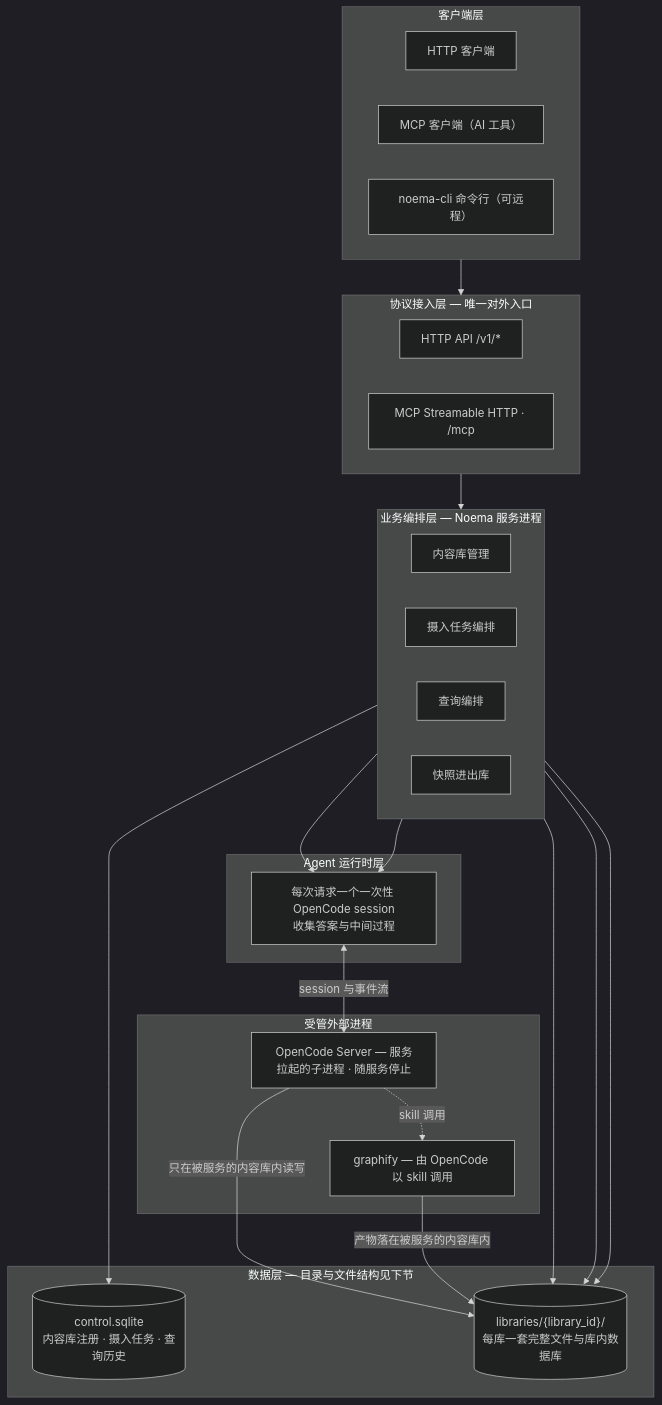
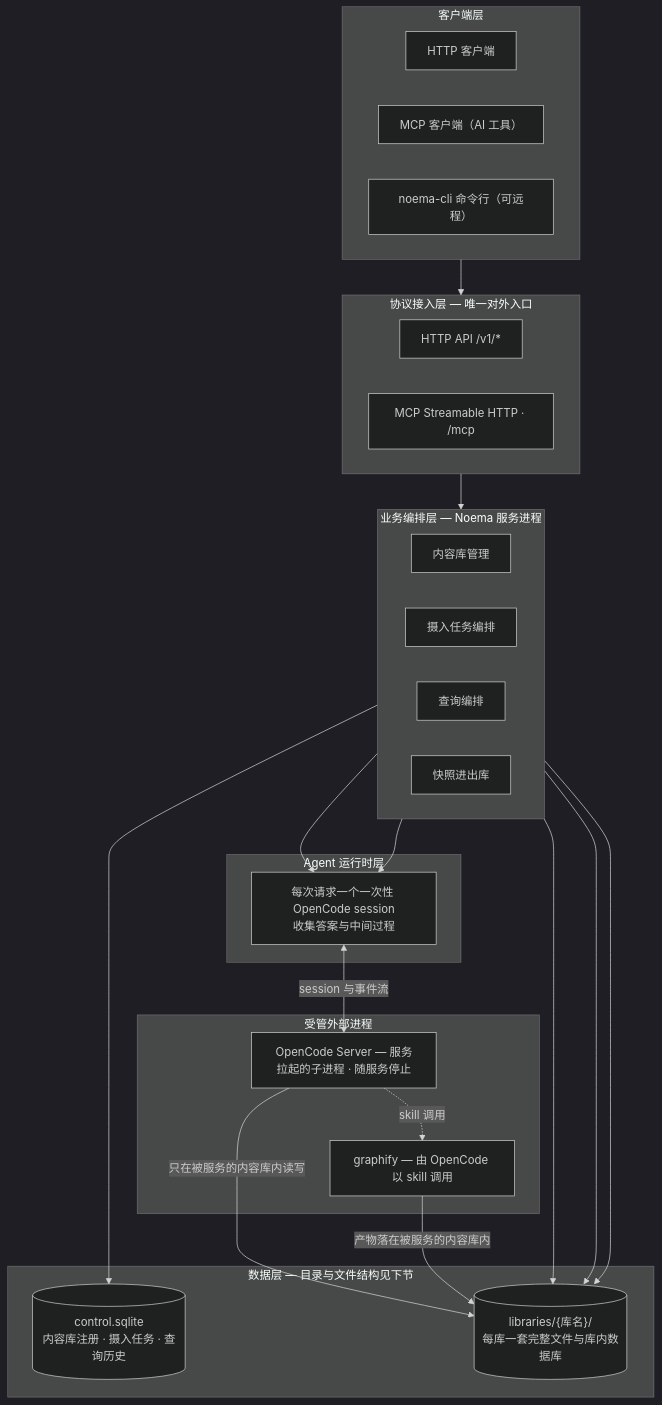
Before and after one commit to xutianyi1999/noema: the first of 5 diagrams in README.md, drawn with Mermaid (dark theme). The commit also changed other lines of this file and 11 other files, not shown here.

````diff
--- a/README.md
+++ b/README.md
@@ -19,47 +119,47 @@
 ```mermaid
 flowchart TB
     subgraph L1["客户端层"]
         HC["HTTP 客户端"]
         MC["MCP 客户端（AI 工具）"]
         CLI["noema-cli 命令行（可远程）"]
     end
 
     subgraph L2["协议接入层 — 唯一对外入口"]
         HTTP["HTTP API /v1/*"]
         MCPE["MCP Streamable HTTP · /mcp"]
     end
 
     subgraph L3["业务编排层 — Noema 服务进程"]
         direction LR
         LIB["内容库管理"]
         ING["摄入任务编排"]
         QRY["查询编排"]
         SNAP["快照进出库"]
     end
 
     subgraph L4["Agent 运行时层"]
         RT["每次请求一个一次性 OpenCode session<br/>收集答案与中间过程"]
     end
 
     subgraph L5["数据层 — 目录与文件结构见下节"]
         CTL[("control.sqlite<br/>内容库注册 · 摄入任务 · 查询历史")]
-        FS[("libraries/{library_id}/<br/>每库一套完整文件与库内数据库")]
+        FS[("libraries/{库名}/<br/>每库一套完整文件与库内数据库")]
     end
 
     subgraph L6["受管外部进程"]
         OC["OpenCode Server — 服务拉起的子进程 · 随服务停止"]
         GF["graphify — 由 OpenCode 以 skill 调用"]
     end
 
     L1 --> L2 --> L3
     LIB --> CTL
     LIB --> FS
     ING --> RT
     QRY --> RT
     ING --> FS
     SNAP --> FS
     RT <-->|"session 与事件流"| OC
     OC -.->|"skill 调用"| GF
     OC -->|"只在被服务的内容库内读写"| FS
     GF -->|"产物落在被服务的内容库内"| FS
 ```
````
